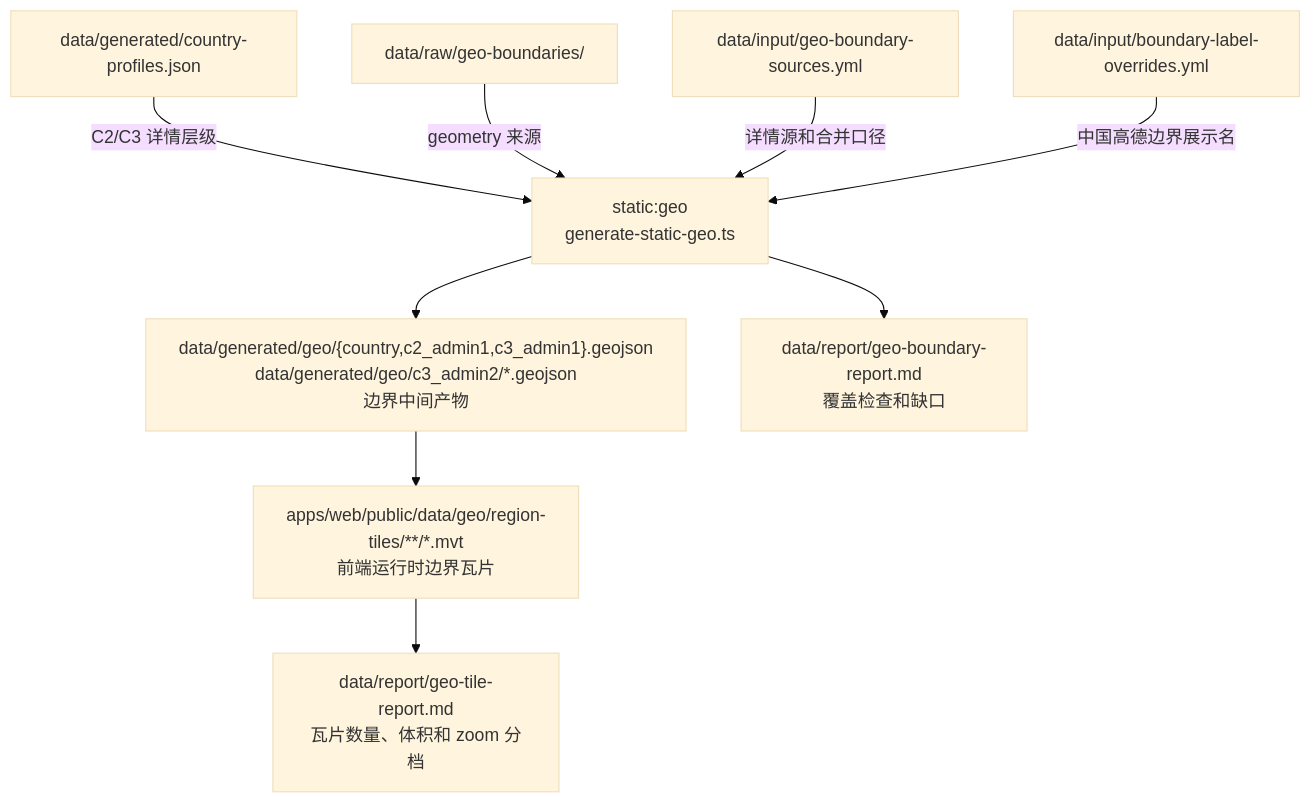
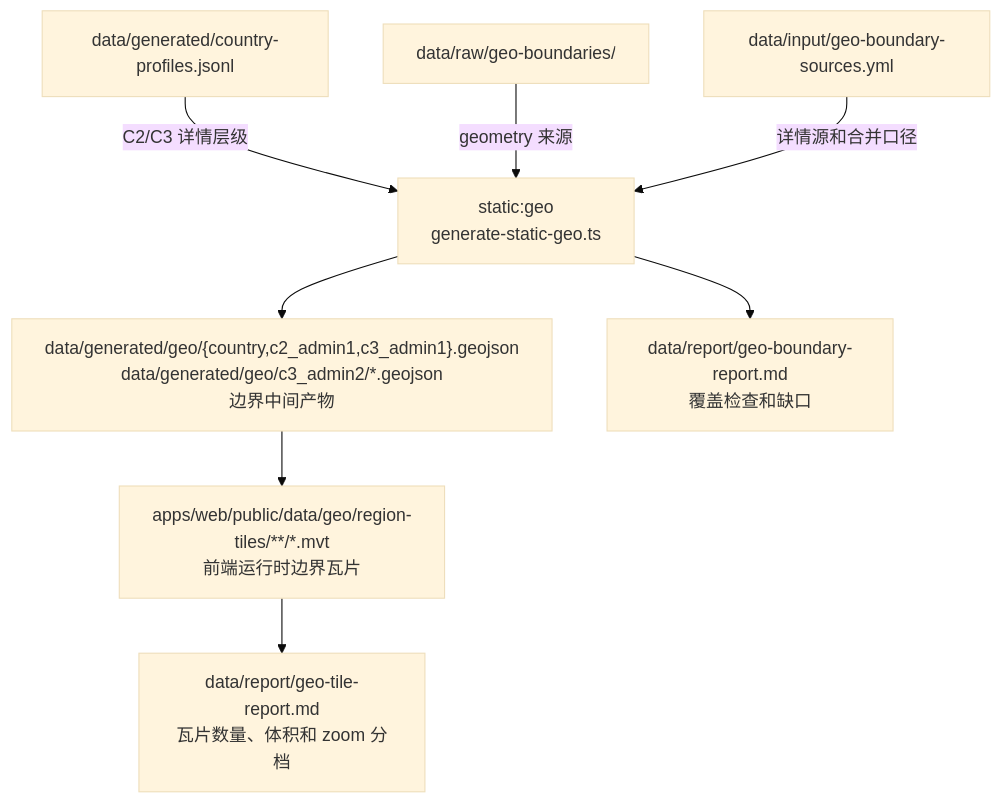
Before and after one commit to xiaomingio/weather-trip: the fifth of 6 diagrams in docs/specs/31-data-flow.md, drawn with Mermaid (base theme). The commit also changed other lines of this file and 499 other files, not shown here.

Commit message:
chore: compact generated public data

````diff
--- a/docs/specs/31-data-flow.md
+++ b/docs/specs/31-data-flow.md
@@ -213,21 +243,19 @@
 ```mermaid
 flowchart TB
-  profilesGenerated["data/generated/country-profiles.json"]
+  profilesGenerated["data/generated/country-profiles.jsonl"]
   rawBoundary["data/raw/geo-boundaries/"]
   geoSources["data/input/geo-boundary-sources.yml"]
-  boundaryLabels["data/input/boundary-label-overrides.yml"]
   generateGeo["static:geo<br/>generate-static-geo.ts"]
   publicGeo["data/generated/geo/{country,c2_admin1,c3_admin1}.geojson<br/>data/generated/geo/c3_admin2/*.geojson<br/>边界中间产物"]
   geoTiles["apps/web/public/data/geo/region-tiles/**/*.mvt<br/>前端运行时边界瓦片"]
   geoReport["data/report/geo-boundary-report.md<br/>覆盖检查和缺口"]
   tileReport["data/report/geo-tile-report.md<br/>瓦片数量、体积和 zoom 分档"]
 
   profilesGenerated -->|C2/C3 详情层级| generateGeo
   rawBoundary -->|geometry 来源| generateGeo
   geoSources -->|详情源和合并口径| generateGeo
-  boundaryLabels -->|中国高德边界展示名| generateGeo
   generateGeo --> publicGeo
   generateGeo --> geoReport
   publicGeo --> geoTiles
   geoTiles --> tileReport
 ```
````
